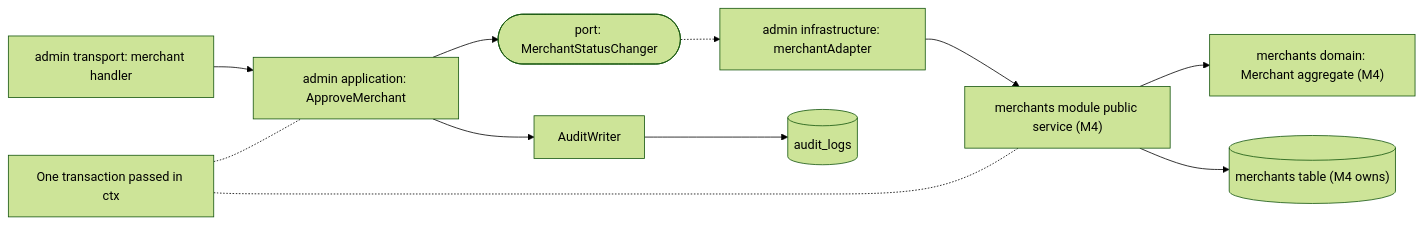
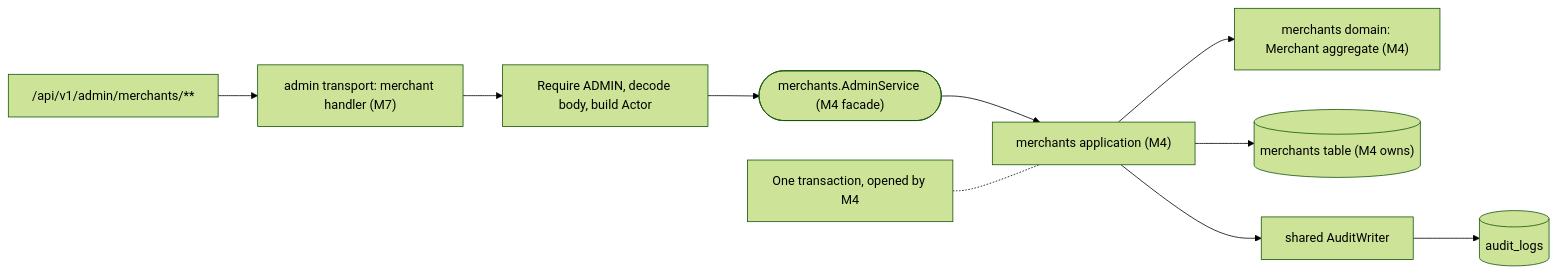
The tenth of 12 diagrams in docs/drafts/member-07-dispatcher-admin-web-gateway/doc-03-internal-architecture-and-design.md (phantomTroupeEAD/SwiftDrop), drawn with Mermaid (forest theme) before and after one commit. The commit also changed other lines of this file and 125 other files, not shown here.

````diff
--- a/docs/drafts/member-07-dispatcher-admin-web-gateway/doc-03-internal-architecture-and-design.md
+++ b/docs/drafts/member-07-dispatcher-admin-web-gateway/doc-03-internal-architecture-and-design.md
@@ -780,13 +806,12 @@
 ```mermaid
 flowchart LR
-    H["admin transport: merchant handler"] --> UC["admin application: ApproveMerchant"]
-    UC --> P(["port: MerchantStatusChanger"])
-    P -.-> AD["admin infrastructure: merchantAdapter"]
-    AD --> MS["merchants module public service (M4)"]
+    R["/api/v1/admin/merchants/**"] --> H["admin transport: merchant handler (M7)"]
+    H --> CHK["Require ADMIN, decode body, build Actor"]
+    CHK --> P(["merchants.AdminService (M4 facade)"])
+    P --> MS["merchants application (M4)"]
     MS --> MD["merchants domain: Merchant aggregate (M4)"]
     MS --> MDB[("merchants table (M4 owns)")]
-    UC --> AW["AuditWriter"]
+    MS --> AW["shared AuditWriter"]
     AW --> ADB[("audit_logs")]
-    TX["One transaction passed in ctx"] -.- UC
-    TX -.- MS
+    TX["One transaction, opened by M4"] -.- MS
 ```
````
